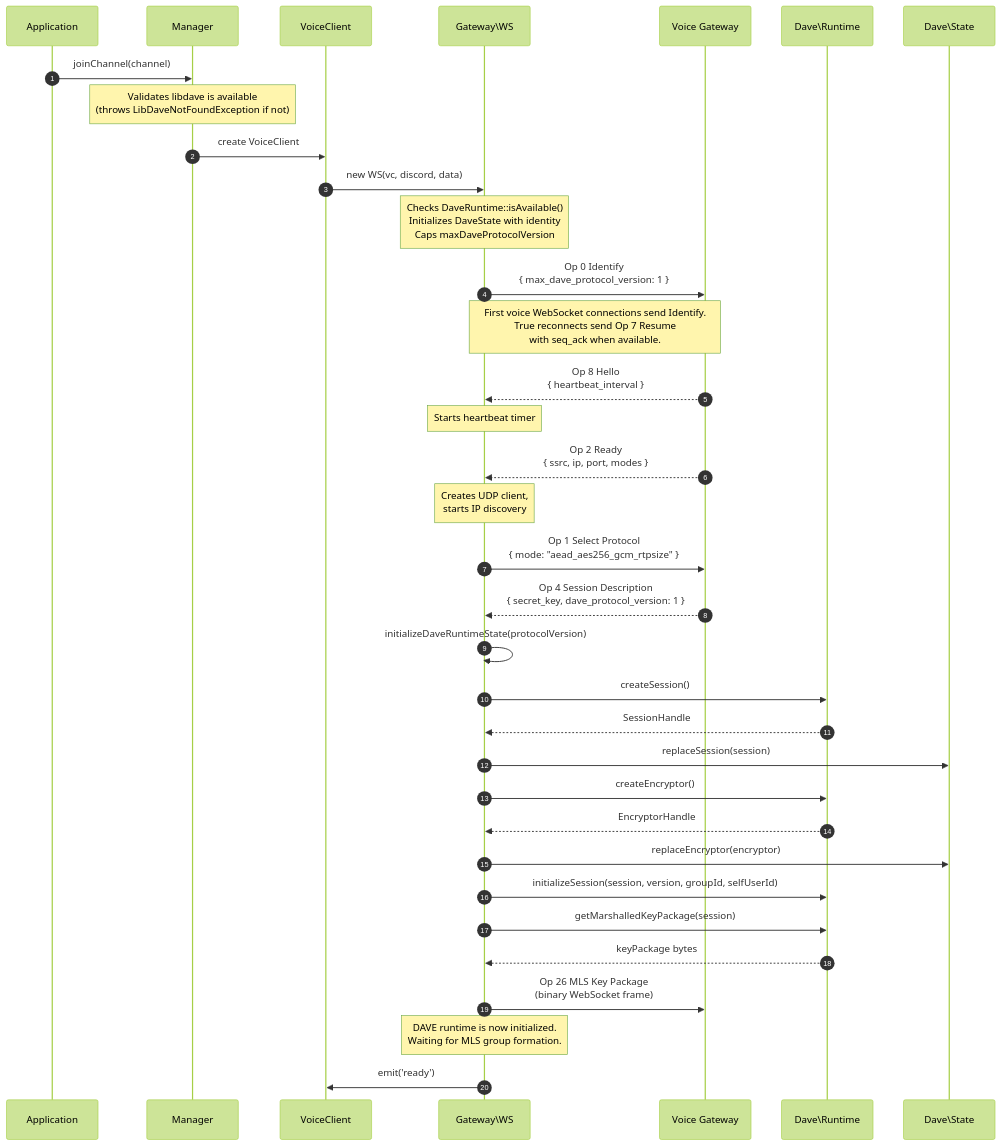
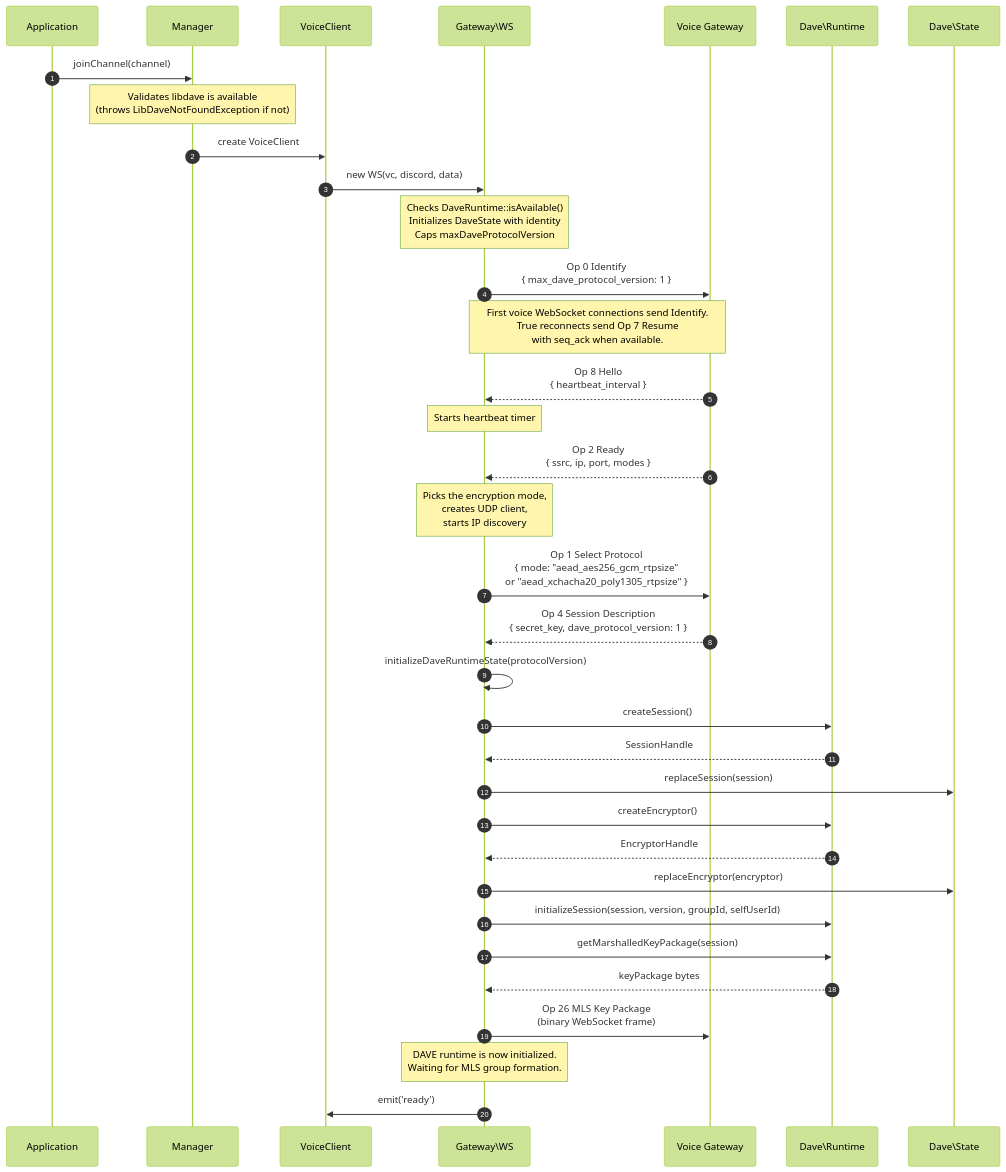
The second of 10 diagrams in docs/DAVE.md (discord-php/DiscordPHP-Voice), drawn with Mermaid (forest theme) before and after one commit. The commit also changed other lines of this file and 10 other files, not shown here.

````diff
--- a/docs/DAVE.md
+++ b/docs/DAVE.md
@@ -88,43 +88,43 @@
 ```mermaid
 sequenceDiagram
     autonumber
     participant App as Application
     participant Mgr as Manager
     participant VC as VoiceClient
     participant WS as Gateway\WS
     participant GW as Voice Gateway
     participant RT as Dave\Runtime
     participant ST as Dave\State
 
     App->>Mgr: joinChannel(channel)
     Note over Mgr: Validates libdave is available<br/>(throws LibDaveNotFoundException if not)
     Mgr->>VC: create VoiceClient
     VC->>WS: new WS(vc, discord, data)
     Note over WS: Checks DaveRuntime::isAvailable()<br/>Initializes DaveState with identity<br/>Caps maxDaveProtocolVersion
 
     WS->>GW: Op 0 Identify<br/>{ max_dave_protocol_version: 1 }
     Note over WS,GW: First voice WebSocket connections send Identify.<br/>True reconnects send Op 7 Resume<br/>with seq_ack when available.
     GW-->>WS: Op 8 Hello<br/>{ heartbeat_interval }
     Note over WS: Starts heartbeat timer
     GW-->>WS: Op 2 Ready<br/>{ ssrc, ip, port, modes }
-    Note over WS: Creates UDP client,<br/>starts IP discovery
+    Note over WS: Picks the encryption mode,<br/>creates UDP client,<br/>starts IP discovery
 
-    WS->>GW: Op 1 Select Protocol<br/>{ mode: "aead_aes256_gcm_rtpsize" }
+    WS->>GW: Op 1 Select Protocol<br/>{ mode: "aead_aes256_gcm_rtpsize"<br/>or "aead_xchacha20_poly1305_rtpsize" }
     GW-->>WS: Op 4 Session Description<br/>{ secret_key, dave_protocol_version: 1 }
 
     WS->>WS: initializeDaveRuntimeState(protocolVersion)
     WS->>RT: createSession()
     RT-->>WS: SessionHandle
     WS->>ST: replaceSession(session)
     WS->>RT: createEncryptor()
     RT-->>WS: EncryptorHandle
     WS->>ST: replaceEncryptor(encryptor)
     WS->>RT: initializeSession(session, version, groupId, selfUserId)
     WS->>RT: getMarshalledKeyPackage(session)
     RT-->>WS: keyPackage bytes
     WS->>GW: Op 26 MLS Key Package<br/>(binary WebSocket frame)
 
     Note over WS: DAVE runtime is now initialized.<br/>Waiting for MLS group formation.
 
     WS->>VC: emit('ready')
 ```
````
